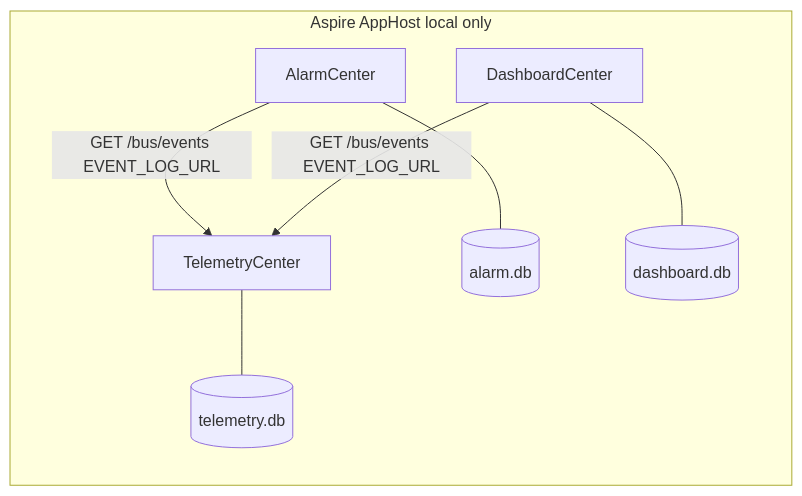
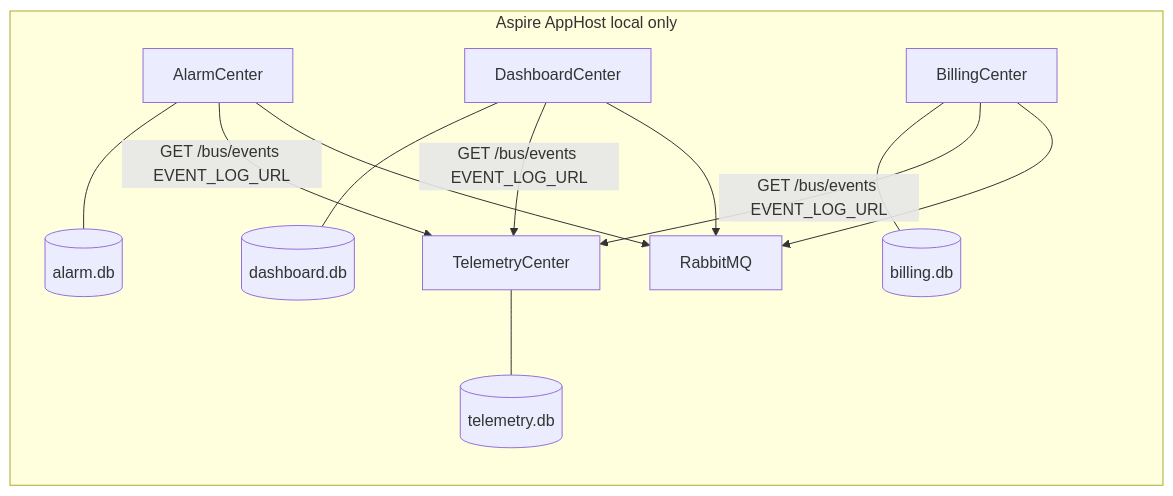
Before and after one commit to muxare/DuckNet: the third of 4 diagrams in docs/azure-deployment.md, drawn with Mermaid. The commit also changed other lines of this file and 7 other files, not shown here.

````diff
--- a/docs/azure-deployment.md
+++ b/docs/azure-deployment.md
@@ -118,16 +125,24 @@
 ```mermaid
 flowchart LR
   subgraph local [Aspire AppHost local only]
+    MQ[RabbitMQ]
     T[TelemetryCenter]
     A[AlarmCenter]
     D[DashboardCenter]
+    B[BillingCenter]
     Tdb[("telemetry.db")]
     Adb[("alarm.db")]
     Ddb[("dashboard.db")]
+    Bdb[("billing.db")]
     T --- Tdb
     A --- Adb
     D --- Ddb
+    B --- Bdb
   end
   A -->|"GET /bus/events EVENT_LOG_URL"| T
   D -->|"GET /bus/events EVENT_LOG_URL"| T
+  B -->|"GET /bus/events EVENT_LOG_URL"| T
+  A --> MQ
+  D --> MQ
+  B --> MQ
 ```
````
